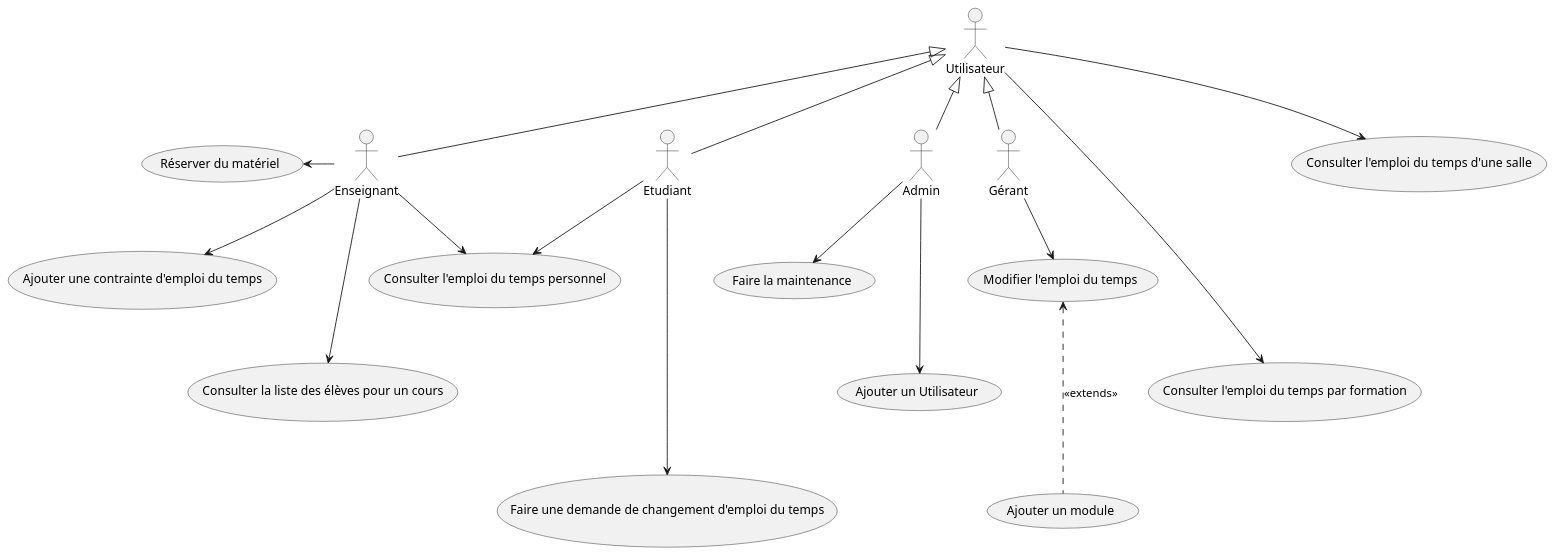
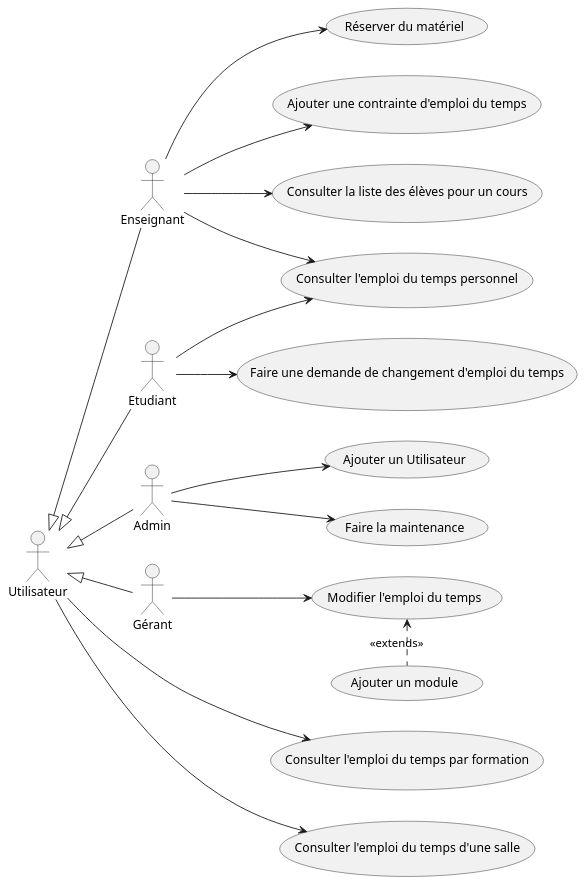
The diagram in UseCase.iuml (El-Sashok/UltraPlanning), drawn with PlantUML before and after one commit.

```diff
--- a/UseCase.iuml
+++ b/UseCase.iuml
@@ -1,21 +1,23 @@
 @startuml 
 
 Enseignant -up-|> Utilisateur
 Etudiant -up-|> Utilisateur
 Admin -up-|> Utilisateur
 Gérant -up-|> Utilisateur
 
+left to right direction
+
 Admin --> (Faire la maintenance)
 Gérant --> (Modifier l'emploi du temps)
-(Ajouter un module) .up..> (Modifier l'emploi du temps) : <<extends>>
+(Ajouter un module) .left.> (Modifier l'emploi du temps) : <<extends>>
 Etudiant --> (Consulter l'emploi du temps personnel)
 Enseignant --> (Consulter l'emploi du temps personnel)
-Utilisateur ----> (Consulter l'emploi du temps par formation)
-Utilisateur --> (Consulter l'emploi du temps d'une salle)
-Enseignant --left-> (Réserver du matériel)
-Etudiant ----> (Faire une demande de changement d'emploi du temps)
-Admin ---> (Ajouter un Utilisateur)
+Utilisateur ---> (Consulter l'emploi du temps par formation)
+Utilisateur ---> (Consulter l'emploi du temps d'une salle)
+Enseignant --> (Réserver du matériel)
+Etudiant --> (Faire une demande de changement d'emploi du temps)
+Admin --> (Ajouter un Utilisateur)
 Enseignant --> (Ajouter une contrainte d'emploi du temps)
-Enseignant ---> (Consulter la liste des élèves pour un cours)
+Enseignant --> (Consulter la liste des élèves pour un cours)
 
 @enduml
```
